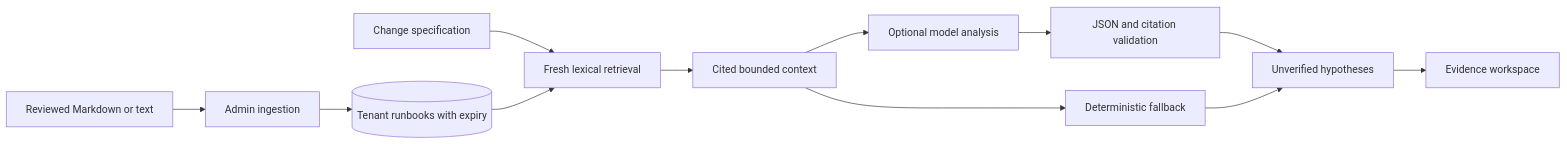
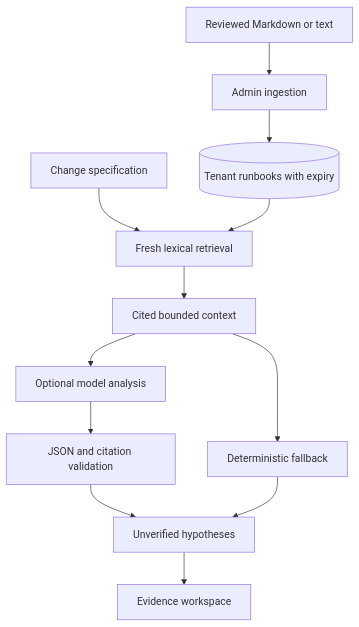
Before and after one commit to anil7000/changeguard: the third of 6 diagrams in README.md, drawn with Mermaid. The commit also changed other lines of this file and 4 other files, not shown here.

Commit message:
docs: verify cross-platform deployment and improve README diagrams

````diff
--- a/README.md
+++ b/README.md
@@ -77,14 +77,14 @@
 ```mermaid
-flowchart LR
+flowchart TB
   Files[Reviewed Markdown or text] --> Ingest[Admin ingestion]
   Ingest --> Docs[(Tenant runbooks with expiry)]
   Change[Change specification] --> Search[Fresh lexical retrieval]
   Docs --> Search
   Search --> Context[Cited bounded context]
   Context --> Model[Optional model analysis]
   Context --> Local[Deterministic fallback]
   Model --> Validate[JSON and citation validation]
   Validate --> Hypotheses[Unverified hypotheses]
   Local --> Hypotheses
   Hypotheses --> UI[Evidence workspace]
 ```
````
